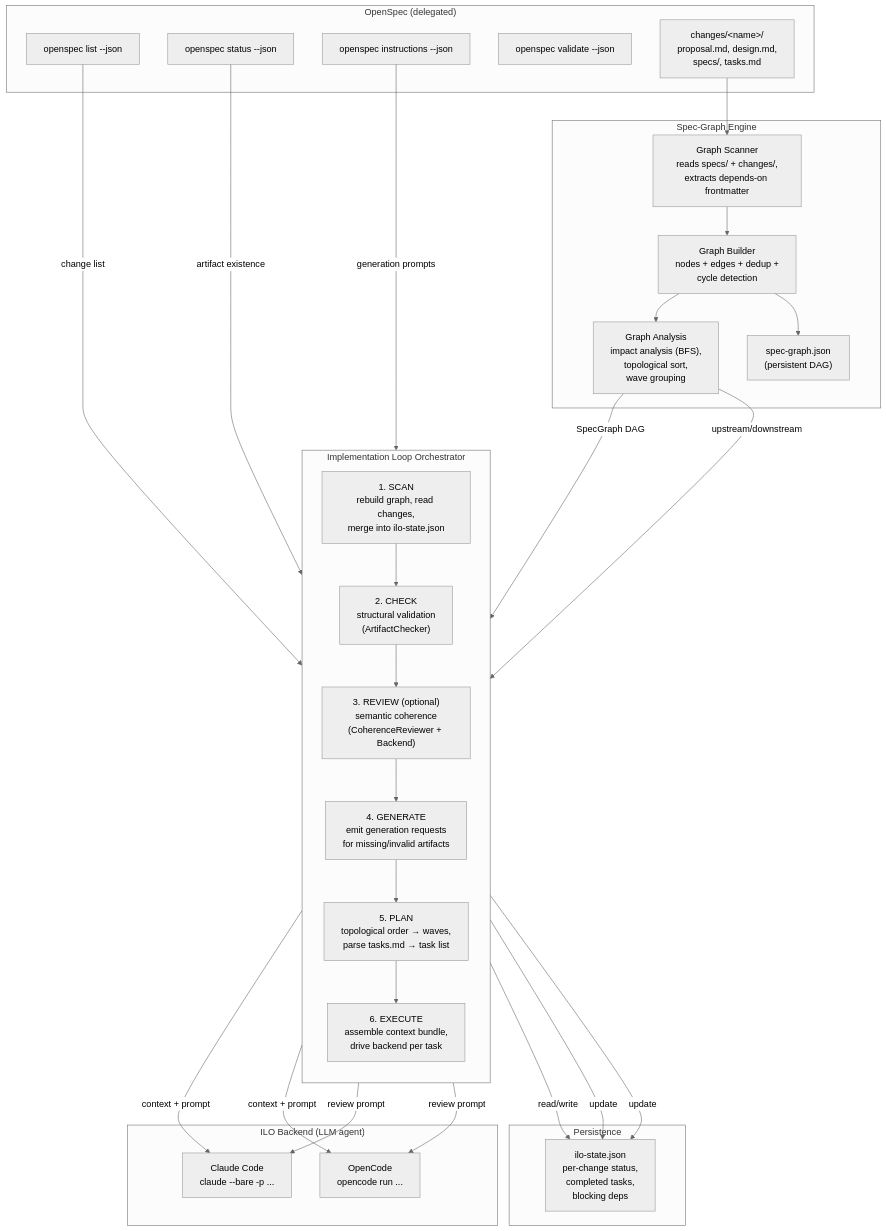
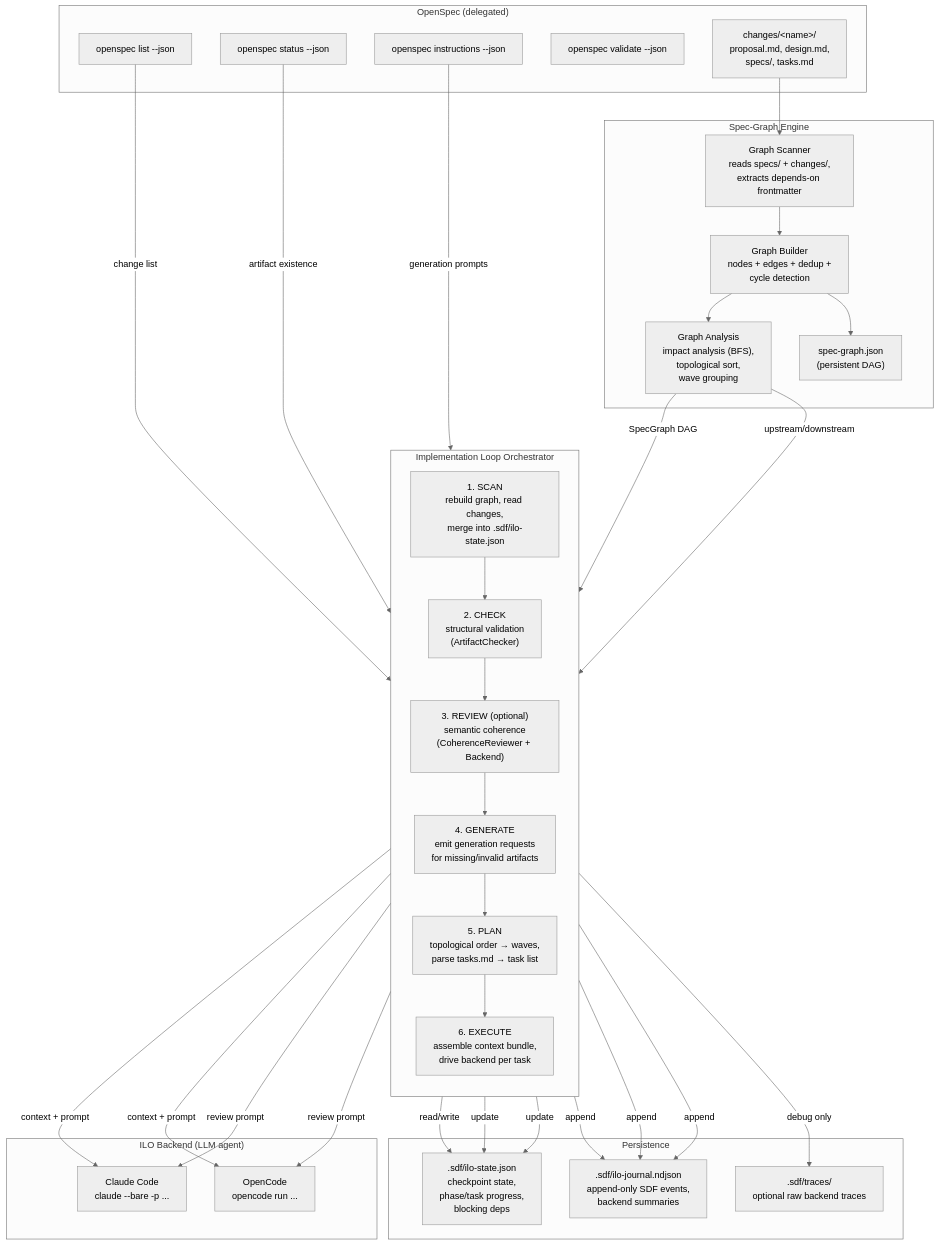
Before and after one commit to mdiloreto/spec-driven-framework: the first of 2 diagrams in docs/architecture.md, drawn with Mermaid (neutral theme). The commit also changed other lines of this file and 38 other files, not shown here.

First line of the commit message:
feat(ilo): add hidden runtime journal and trace support

````diff
--- a/docs/architecture.md
+++ b/docs/architecture.md
@@ -14,60 +14,66 @@
 ```mermaid
 flowchart TD
     subgraph OpenSpec["OpenSpec (delegated)"]
         OS_LIST["openspec list --json"]
         OS_STATUS["openspec status --json"]
         OS_INSTR["openspec instructions --json"]
         OS_VALIDATE["openspec validate --json"]
         OS_ARTIFACTS["changes/&lt;name&gt;/<br/>proposal.md, design.md,<br/>specs/, tasks.md"]
     end
 
     subgraph SpecGraph["Spec-Graph Engine"]
         SG_SCAN["Graph Scanner<br/>reads specs/ + changes/,<br/>extracts depends-on frontmatter"]
         SG_BUILD["Graph Builder<br/>nodes + edges + dedup +<br/>cycle detection"]
         SG_ANALYSIS["Graph Analysis<br/>impact analysis (BFS),<br/>topological sort,<br/>wave grouping"]
         SG_MANIFEST["spec-graph.json<br/>(persistent DAG)"]
     end
 
     subgraph ILO["Implementation Loop Orchestrator"]
         direction TB
-        SCAN["1. SCAN<br/>rebuild graph, read changes,<br/>merge into ilo-state.json"]
+        SCAN["1. SCAN<br/>rebuild graph, read changes,<br/>merge into .sdf/ilo-state.json"]
         CHECK["2. CHECK<br/>structural validation<br/>(ArtifactChecker)"]
         REVIEW["3. REVIEW (optional)<br/>semantic coherence<br/>(CoherenceReviewer + Backend)"]
         GENERATE["4. GENERATE<br/>emit generation requests<br/>for missing/invalid artifacts"]
         PLAN["5. PLAN<br/>topological order → waves,<br/>parse tasks.md → task list"]
         EXECUTE["6. EXECUTE<br/>assemble context bundle,<br/>drive backend per task"]
 
         SCAN --> CHECK
         CHECK --> REVIEW
         REVIEW --> GENERATE
         GENERATE --> PLAN
         PLAN --> EXECUTE
     end
 
     subgraph Backend["ILO Backend (LLM agent)"]
         CC["Claude Code<br/>claude --bare -p ..."]
         OC["OpenCode<br/>opencode run ..."]
     end
 
     subgraph State["Persistence"]
-        ILO_STATE["ilo-state.json<br/>per-change status,<br/>completed tasks,<br/>blocking deps"]
+        ILO_STATE[".sdf/ilo-state.json<br/>checkpoint state,<br/>phase/task progress,<br/>blocking deps"]
+        ILO_JOURNAL[".sdf/ilo-journal.ndjson<br/>append-only SDF events,<br/>backend summaries"]
+        ILO_TRACES[".sdf/traces/<br/>optional raw backend traces"]
     end
 
     %% Data flow
     OS_LIST -->|change list| SCAN
     SG_ANALYSIS -->|SpecGraph DAG| SCAN
     OS_STATUS -->|artifact existence| CHECK
     OS_INSTR -->|generation prompts| GENERATE
     SG_ANALYSIS -->|upstream/downstream| EXECUTE
     EXECUTE -->|context + prompt| CC
     EXECUTE -->|context + prompt| OC
     REVIEW -->|review prompt| CC
     REVIEW -->|review prompt| OC
     SCAN -->|read/write| ILO_STATE
     CHECK -->|update| ILO_STATE
     EXECUTE -->|update| ILO_STATE
+    SCAN -->|append| ILO_JOURNAL
+    CHECK -->|append| ILO_JOURNAL
+    EXECUTE -->|append| ILO_JOURNAL
+    EXECUTE -->|debug only| ILO_TRACES
 
     SG_SCAN --> SG_BUILD --> SG_ANALYSIS
     SG_BUILD --> SG_MANIFEST
     OS_ARTIFACTS --> SG_SCAN
 ```
````
